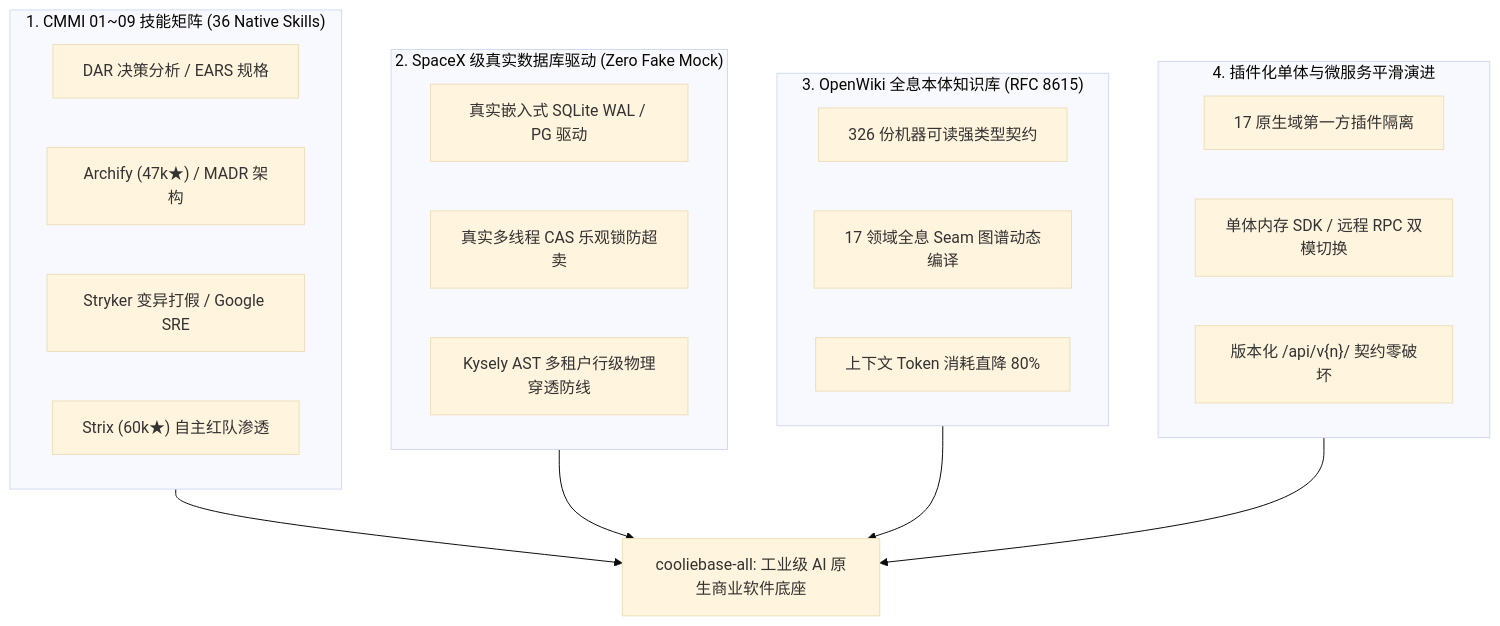
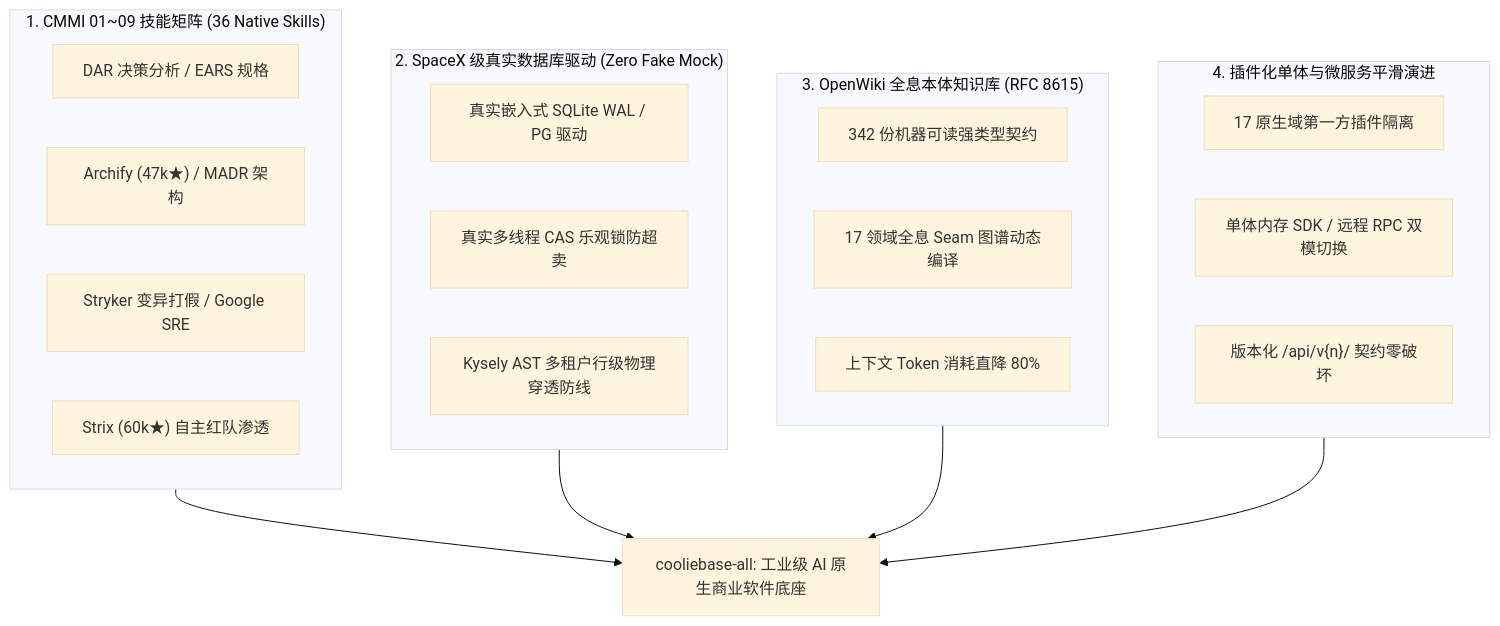
One commit to xaicd/cooliebase-all changed the diagram in README.md. Above: the diagram before and after it, drawn with Mermaid (base theme). The commit also changed other lines of this file and 66 other files, not shown here.

````diff
--- a/README.md
+++ b/README.md
@@ -18,28 +18,28 @@
 ```mermaid
 flowchart TD
     subgraph P1 ["1. CMMI 01~09 技能矩阵 (36 Native Skills)"]
         S1["DAR 决策分析 / EARS 规格"]
         S2["Archify (47k★) / MADR 架构"]
         S3["Stryker 变异打假 / Google SRE"]
         S4["Strix (60k★) 自主红队渗透"]
     end
     subgraph P2 ["2. SpaceX 级真实数据库驱动 (Zero Fake Mock)"]
         D1["真实嵌入式 SQLite WAL / PG 驱动"]
         D2["真实多线程 CAS 乐观锁防超卖"]
         D3["Kysely AST 多租户行级物理穿透防线"]
     end
     subgraph P3 ["3. OpenWiki 全息本体知识库 (RFC 8615)"]
-        W1["326 份机器可读强类型契约"]
+        W1["342 份机器可读强类型契约"]
         W2["17 领域全息 Seam 图谱动态编译"]
         W3["上下文 Token 消耗直降 80%"]
     end
     subgraph P4 ["4. 插件化单体与微服务平滑演进"]
         M1["17 原生域第一方插件隔离"]
         M2["单体内存 SDK / 远程 RPC 双模切换"]
         M3["版本化 /api/v{n}/ 契约零破坏"]
     end
     P1 --> Foundation["cooliebase-all: 工业级 AI 原生商业软件底座"]
     P2 --> Foundation
     P3 --> Foundation
     P4 --> Foundation
 ```
````
